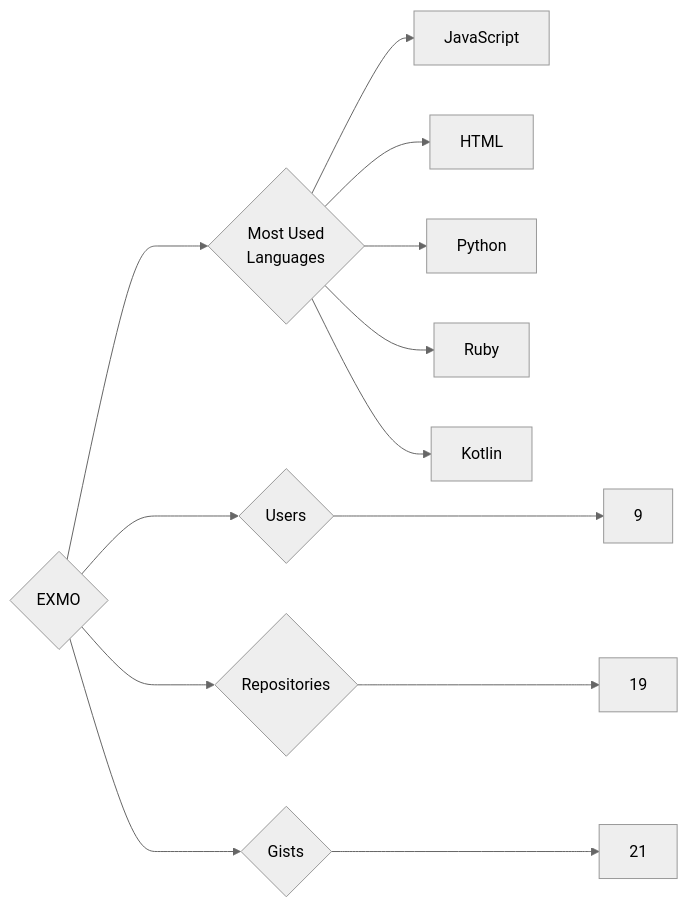
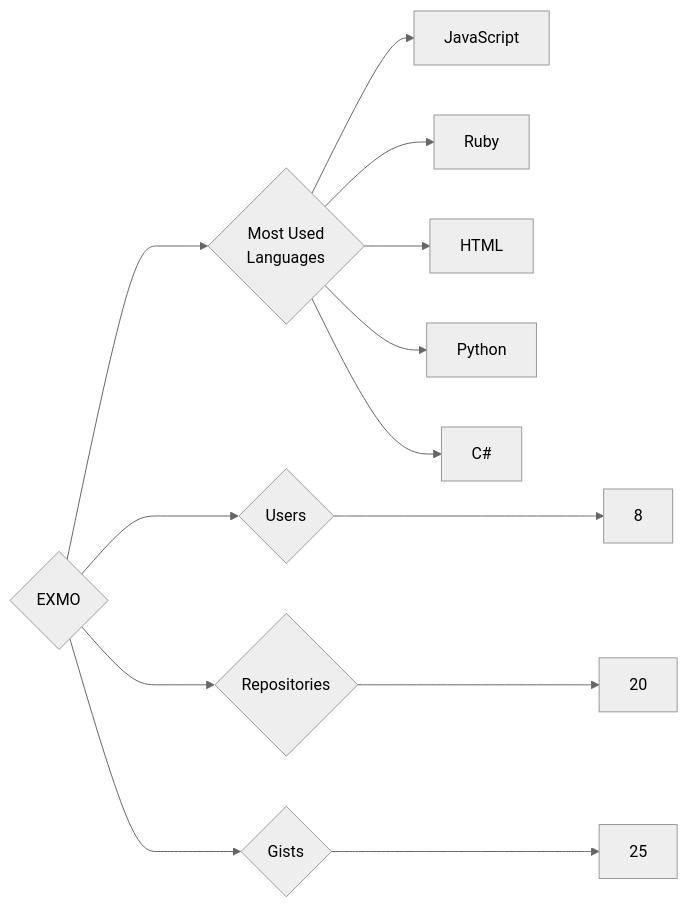
One commit to trickest/insiders changed the diagram in targets/EXMO/README.md. Above: the diagram before and after it, drawn with Mermaid (neutral theme). The commit also changed 1003 other files, not shown here.

````diff
--- a/targets/EXMO/README.md
+++ b/targets/EXMO/README.md
@@ -3,13 +3,13 @@
 ```mermaid
 graph LR
 COMPANY_NAME{EXMO}
-COMPANY_NAME ---> U{Users} ---> UN[9]
-COMPANY_NAME ---> R{Repositories} ---> RN[19]
-COMPANY_NAME ---> G{Gists} ---> GN[21]
+COMPANY_NAME ---> U{Users} ---> UN[8]
+COMPANY_NAME ---> R{Repositories} ---> RN[20]
+COMPANY_NAME ---> G{Gists} ---> GN[25]
 COMPANY_NAME ---> ML{Most Used<br>Languages}
 ML --> JavaScript[JavaScript]
+ML --> Ruby[Ruby]
 ML --> HTML[HTML]
 ML --> Python[Python]
-ML --> Ruby[Ruby]
-ML --> Kotlin[Kotlin]
+ML --> C#[C#]
 ```
````
